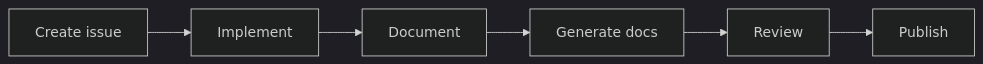
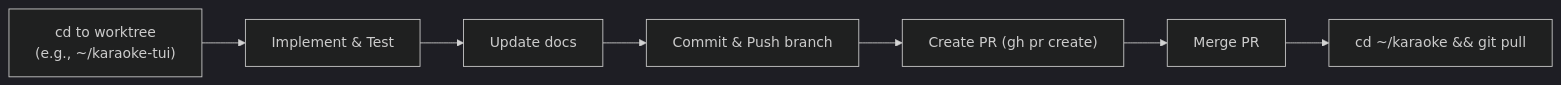
One commit to violetina/karaoke changed the diagram in docs/workflow.md. Above: the diagram before and after it, drawn with Mermaid (dark theme). The commit also changed other lines of this file, not shown here.

Commit message:
docs: document git worktree workflow

````diff
--- a/docs/workflow.md
+++ b/docs/workflow.md
@@ -8,8 +27,9 @@
 ```mermaid
 flowchart LR
-    A["Create issue"] --> B["Implement"]
-    B --> C["Document"]
-    C --> D["Generate docs"]
-    D --> E["Review"]
-    E --> F["Publish"]
+    A["cd to worktree\n(e.g., ~/karaoke-tui)"] --> B["Implement & Test"]
+    B --> C["Update docs"]
+    C --> D["Commit & Push branch"]
+    D --> E["Create PR (gh pr create)"]
+    E --> F["Merge PR"]
+    F --> G["cd ~/karaoke && git pull"]
 ```
````
